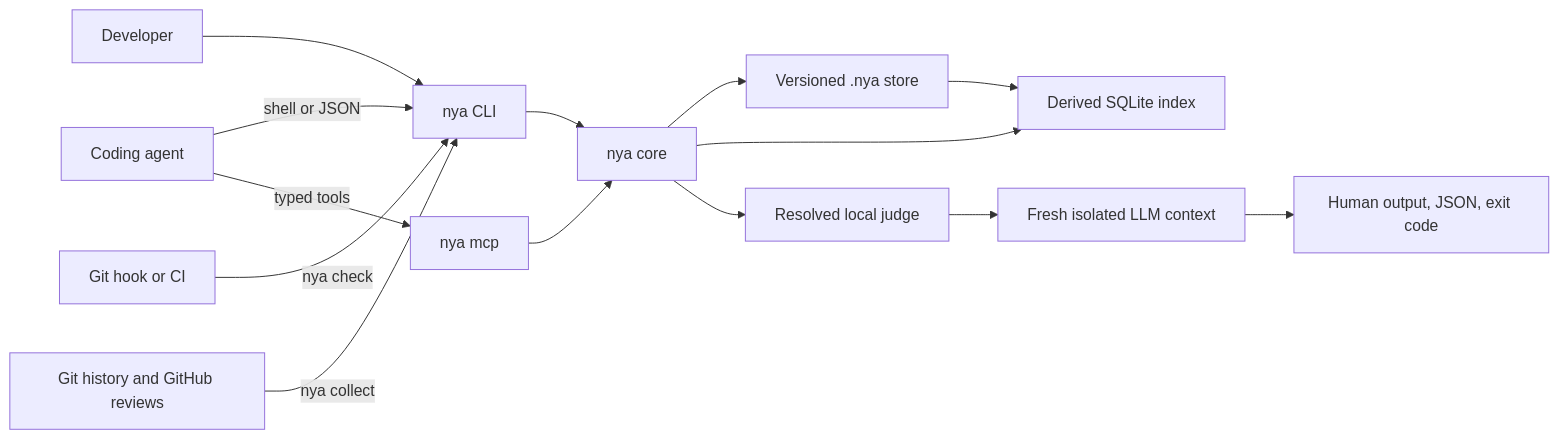
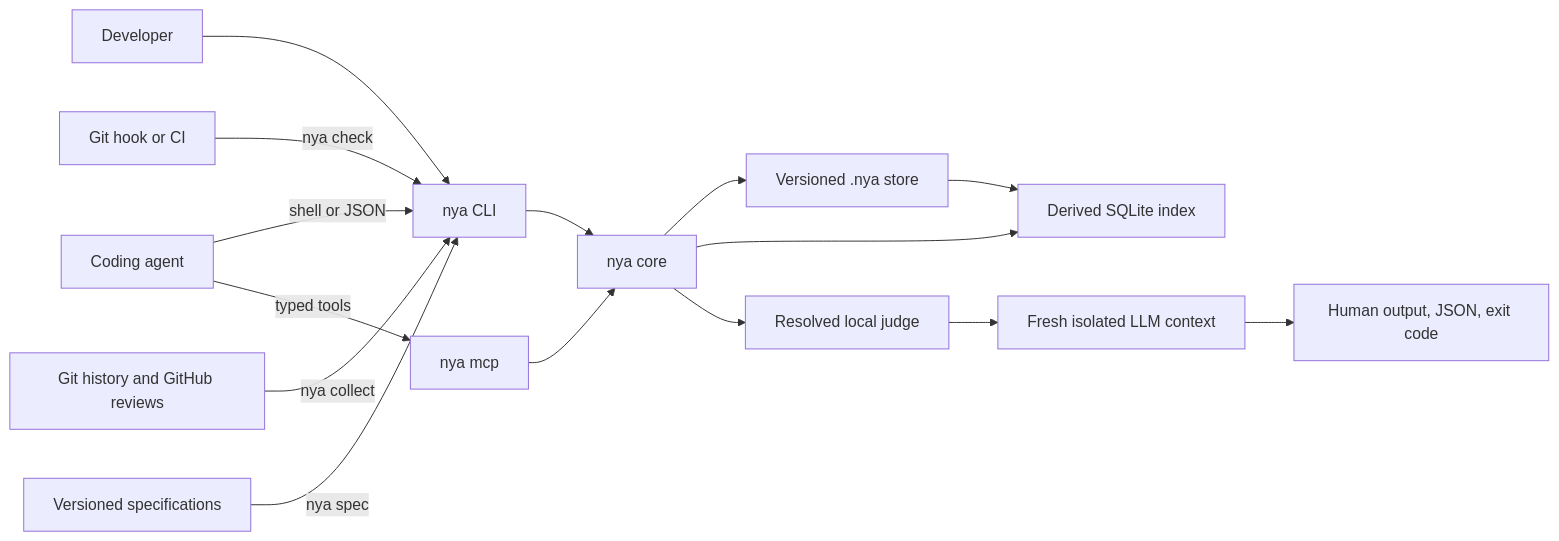
One commit to lucasrgt/not-you-again changed the diagram in README.md. Above: the diagram before and after it, drawn with Mermaid. The commit also changed other lines of this file and 18 other files, not shown here.

````diff
--- a/README.md
+++ b/README.md
@@ -586,18 +666,19 @@
 ```mermaid
 flowchart LR
     AGENT["Coding agent"] -->|"shell or JSON"| CLI["nya CLI"]
     AGENT -->|"typed tools"| MCP["nya mcp"]
     HUMAN["Developer"] --> CLI
     CI["Git hook or CI"] -->|"nya check"| CLI
     HISTORY["Git history and GitHub reviews"] -->|"nya collect"| CLI
+    SPEC["Versioned specifications"] -->|"nya spec"| CLI
 
     CLI --> CORE["nya core"]
     MCP --> CORE
     CORE --> STORE["Versioned .nya store"]
     CORE --> INDEX["Derived SQLite index"]
     CORE --> RUNNER["Resolved local judge"]
     RUNNER --> JUDGE["Fresh isolated LLM context"]
 
     STORE --> INDEX
     JUDGE --> RESULT["Human output, JSON, exit code"]
 ```
````
